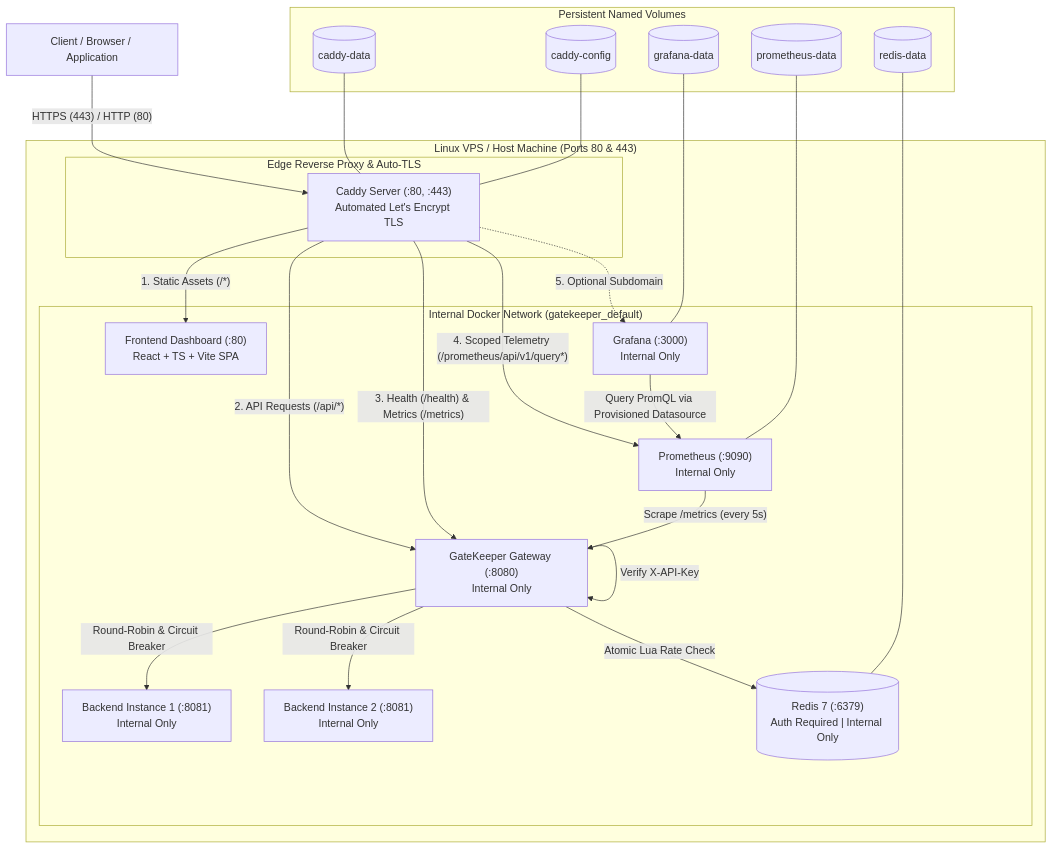
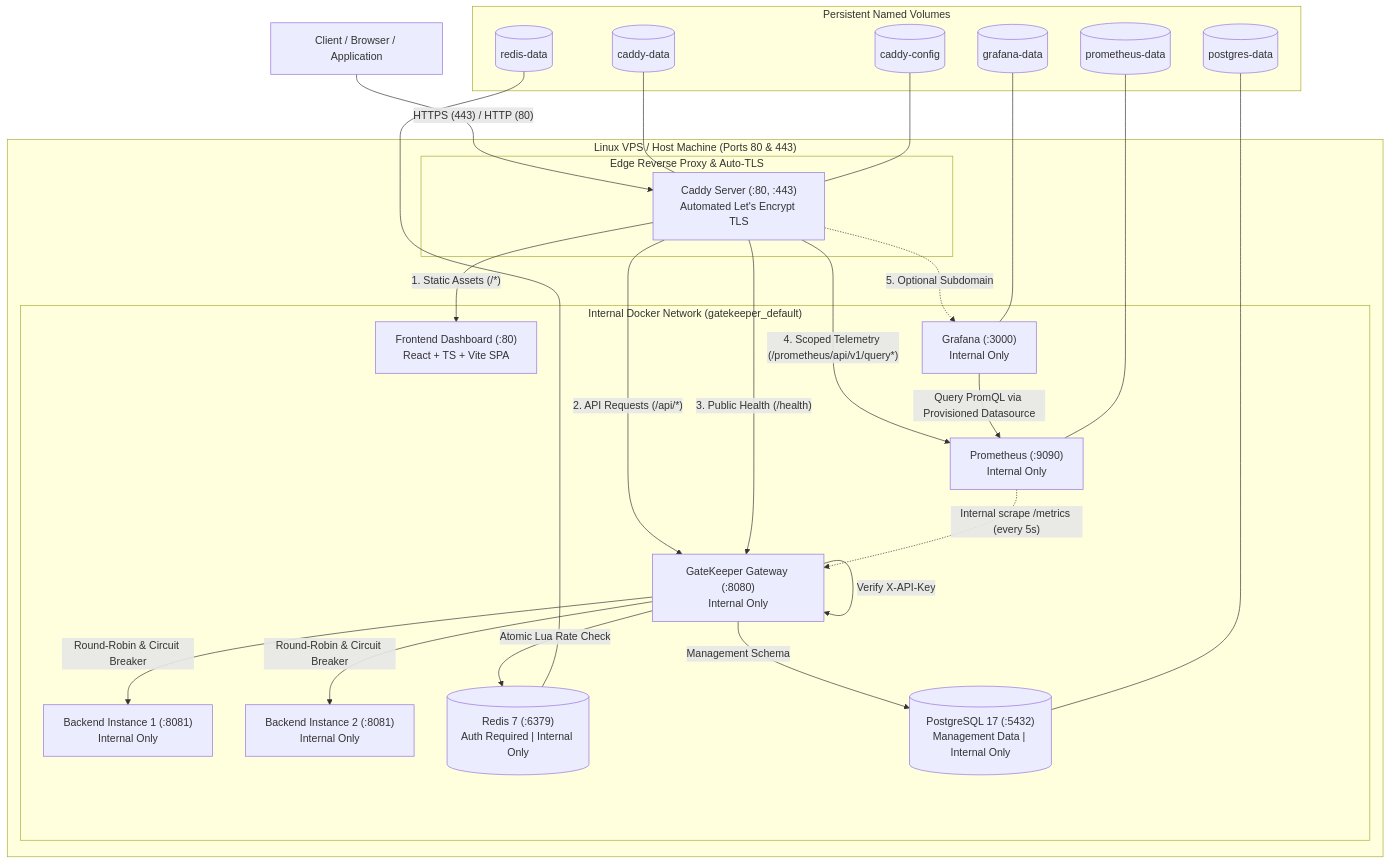
The diagram in README.md (pragyan43jain/GateKeeper), drawn with Mermaid before and after one commit. The commit also changed other lines of this file and 45 other files, not shown here.

````diff
--- a/README.md
+++ b/README.md
@@ -9,43 +9,46 @@
 ```mermaid
 flowchart TD
     Client["Client / Browser / Application"]
 
     subgraph Host ["Linux VPS / Host Machine (Ports 80 & 443)"]
         subgraph Edge ["Edge Reverse Proxy & Auto-TLS"]
             Caddy["Caddy Server (:80, :443)<br/>Automated Let's Encrypt TLS"]
         end
 
         subgraph DockerCompose ["Internal Docker Network (gatekeeper_default)"]
             Frontend["Frontend Dashboard (:80)<br/>React + TS + Vite SPA"]
             Gateway["GateKeeper Gateway (:8080)<br/>Internal Only"]
             Backend1["Backend Instance 1 (:8081)<br/>Internal Only"]
             Backend2["Backend Instance 2 (:8081)<br/>Internal Only"]
             Redis[("Redis 7 (:6379)<br/>Auth Required | Internal Only")]
+            Postgres[("PostgreSQL 17 (:5432)<br/>Management Data | Internal Only")]
             Prometheus["Prometheus (:9090)<br/>Internal Only"]
             Grafana["Grafana (:3000)<br/>Internal Only"]
         end
     end
 
     Client -->|"HTTPS (443) / HTTP (80)"| Caddy
     Caddy -->|"1. Static Assets (/*)"| Frontend
     Caddy -->|"2. API Requests (/api/*)"| Gateway
-    Caddy -->|"3. Health (/health) & Metrics (/metrics)"| Gateway
+    Caddy -->|"3. Public Health (/health)"| Gateway
     Caddy -->|"4. Scoped Telemetry (/prometheus/api/v1/query*)"| Prometheus
     Caddy -.->|"5. Optional Subdomain"| Grafana
 
     Gateway -->|"Verify X-API-Key"| Gateway
     Gateway -->|"Atomic Lua Rate Check"| Redis
+    Gateway -->|"Management Schema"| Postgres
     Gateway -->|"Round-Robin & Circuit Breaker"| Backend1
     Gateway -->|"Round-Robin & Circuit Breaker"| Backend2
 
-    Prometheus -->|"Scrape /metrics (every 5s)"| Gateway
+    Prometheus -.->|"Internal scrape /metrics (every 5s)"| Gateway
     Grafana -->|"Query PromQL via Provisioned Datasource"| Prometheus
 
     subgraph Volumes ["Persistent Named Volumes"]
         RedisVol[("redis-data")] --- Redis
+        PostgresVol[("postgres-data")] --- Postgres
         PromVol[("prometheus-data")] --- Prometheus
         GrafVol[("grafana-data")] --- Grafana
         CaddyData[("caddy-data")] --- Caddy
         CaddyConfig[("caddy-config")] --- Caddy
     end
 ```
````
